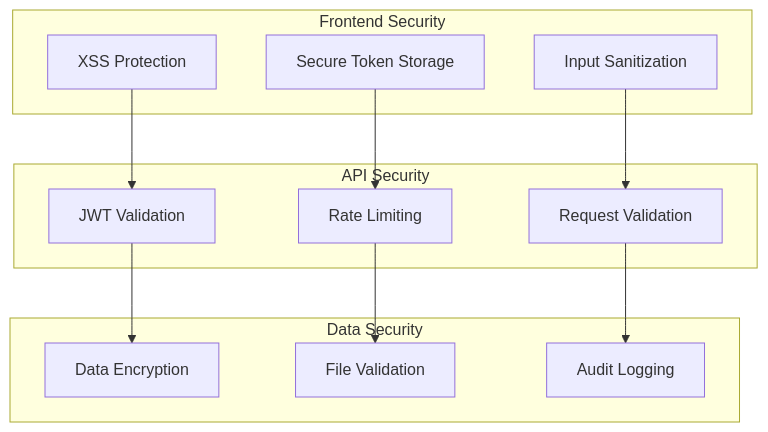
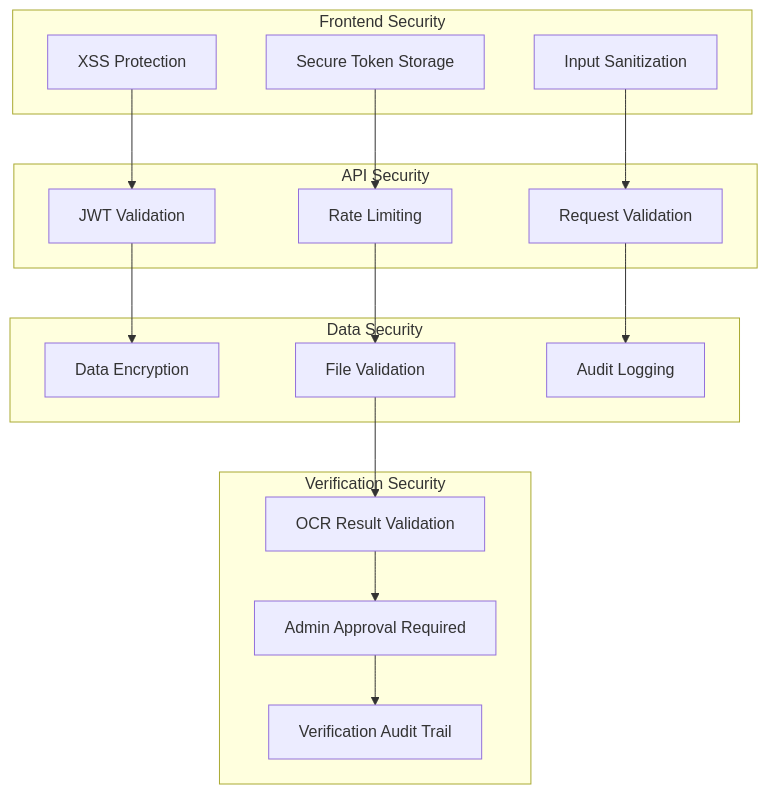
One commit to Nachiket2004/Judiciary_System changed diagram 14 of 14 in .kiro/specs/ai-judiciary-platform/architecture-diagrams.md. Above: the diagram before and after it, drawn with Mermaid. The commit also changed other lines of this file, not shown here.

````diff
--- a/.kiro/specs/ai-judiciary-platform/architecture-diagrams.md
+++ b/.kiro/specs/ai-judiciary-platform/architecture-diagrams.md
@@ -799,28 +822,38 @@
 ```mermaid
 graph TB
     subgraph "Frontend Security"
         INPUT_SANITIZATION[Input Sanitization]
         XSS_PROTECTION[XSS Protection]
         SECURE_STORAGE[Secure Token Storage]
     end
     
     subgraph "API Security"
         JWT_VALIDATION[JWT Validation]
         RATE_LIMITING[Rate Limiting]
         REQUEST_VALIDATION[Request Validation]
     end
     
     subgraph "Data Security"
         ENCRYPTION[Data Encryption]
         FILE_VALIDATION[File Validation]
         AUDIT_LOGGING[Audit Logging]
     end
     
+    subgraph "Verification Security"
+        OCR_VALIDATION[OCR Result Validation]
+        ADMIN_APPROVAL[Admin Approval Required]
+        VERIFICATION_AUDIT[Verification Audit Trail]
+    end
+    
     INPUT_SANITIZATION --> REQUEST_VALIDATION
     XSS_PROTECTION --> JWT_VALIDATION
     SECURE_STORAGE --> RATE_LIMITING
     
     JWT_VALIDATION --> ENCRYPTION
     RATE_LIMITING --> FILE_VALIDATION
     REQUEST_VALIDATION --> AUDIT_LOGGING
+    
+    FILE_VALIDATION --> OCR_VALIDATION
+    OCR_VALIDATION --> ADMIN_APPROVAL
+    ADMIN_APPROVAL --> VERIFICATION_AUDIT
 ```
````
